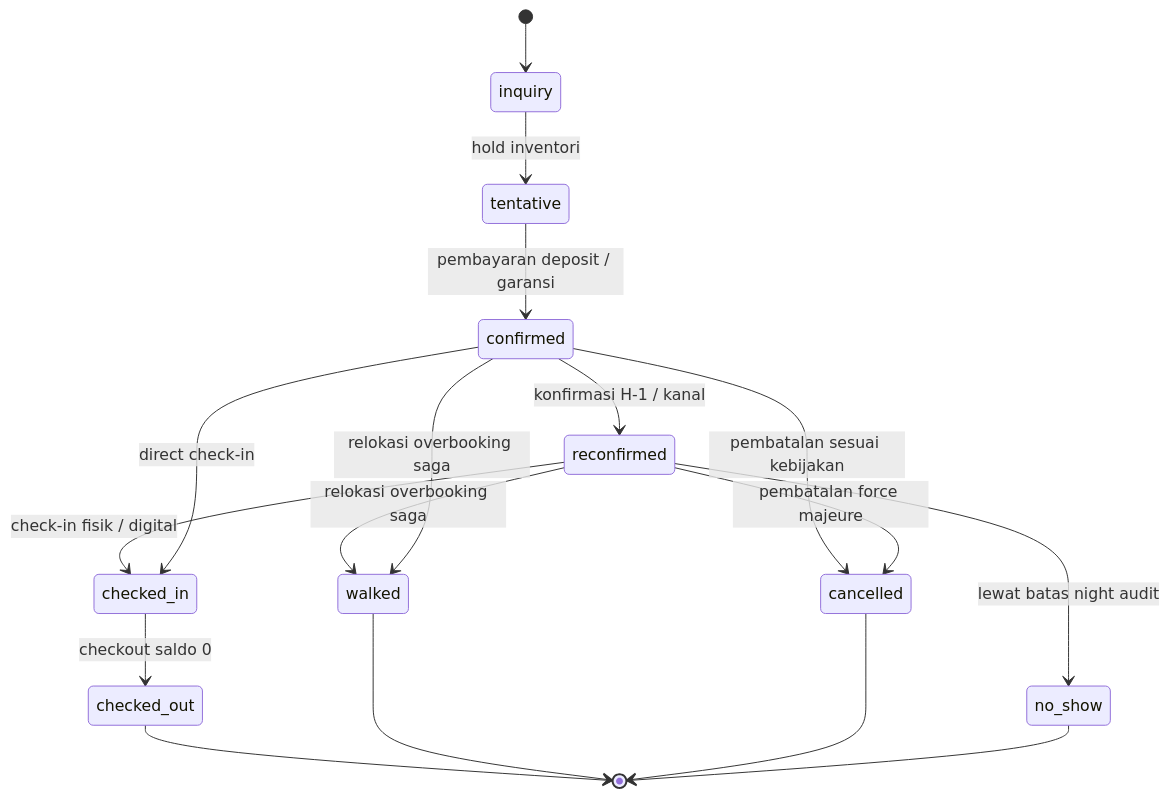
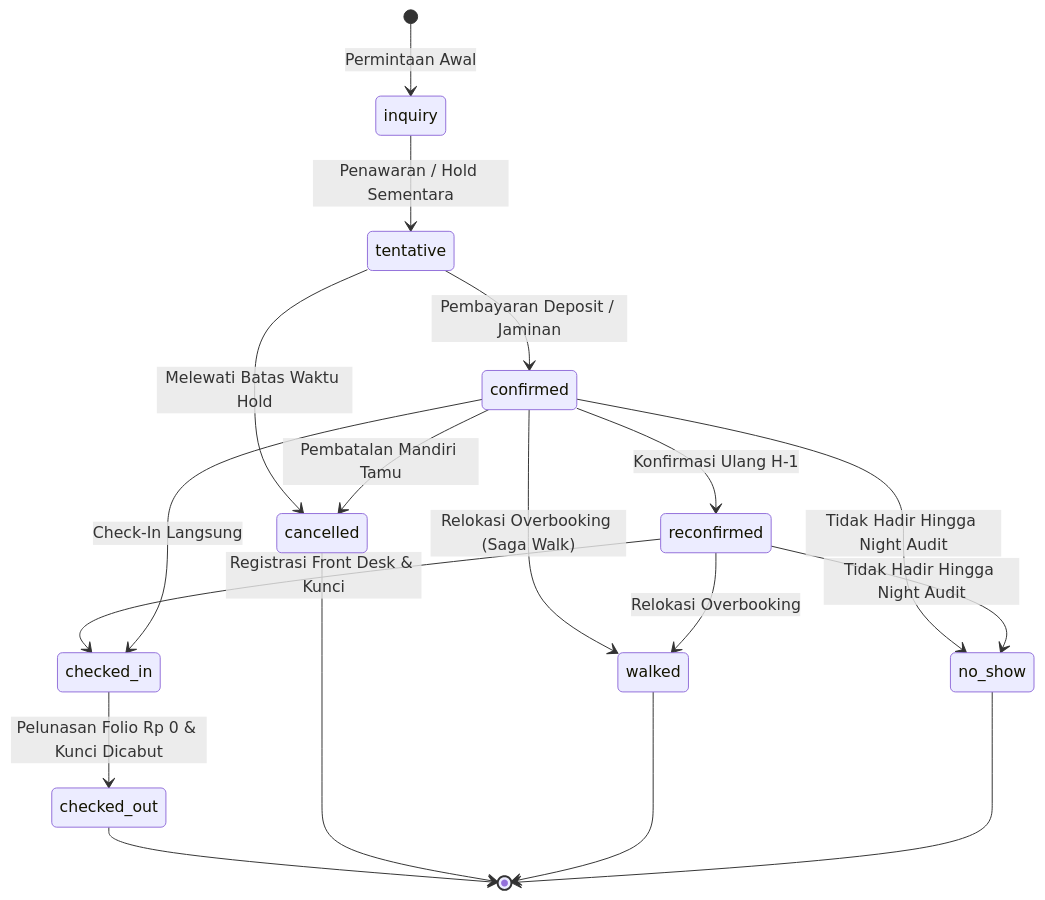
The second of 7 diagrams in docs/design/fase-91.md (Orls967/SuperWeb), drawn with Mermaid before and after one commit. The commit also changed other lines of this file and 189 other files, not shown here.

````diff
--- a/docs/design/fase-91.md
+++ b/docs/design/fase-91.md
@@ -12,19 +74,20 @@
 ```mermaid
 stateDiagram-v2
-    [*] --> inquiry
-    inquiry --> tentative: hold inventori
-    tentative --> confirmed: pembayaran deposit / garansi
-    confirmed --> reconfirmed: konfirmasi H-1 / kanal
-    reconfirmed --> checked_in: check-in fisik / digital
-    confirmed --> checked_in: direct check-in
-    reconfirmed --> walked: relokasi overbooking saga
-    confirmed --> walked: relokasi overbooking saga
-    confirmed --> cancelled: pembatalan sesuai kebijakan
-    reconfirmed --> cancelled: pembatalan force majeure
-    reconfirmed --> no_show: lewat batas night audit
-    checked_in --> checked_out: checkout saldo 0
+    [*] --> inquiry : Permintaan Awal
+    inquiry --> tentative : Penawaran / Hold Sementara
+    tentative --> confirmed : Pembayaran Deposit / Jaminan
+    tentative --> cancelled : Melewati Batas Waktu Hold
+    confirmed --> reconfirmed : Konfirmasi Ulang H-1
+    confirmed --> cancelled : Pembatalan Mandiri Tamu
+    reconfirmed --> checked_in : Registrasi Front Desk & Kunci
+    confirmed --> checked_in : Check-In Langsung
+    confirmed --> walked : Relokasi Overbooking (Saga Walk)
+    reconfirmed --> walked : Relokasi Overbooking
+    confirmed --> no_show : Tidak Hadir Hingga Night Audit
+    reconfirmed --> no_show : Tidak Hadir Hingga Night Audit
+    checked_in --> checked_out : Pelunasan Folio Rp 0 & Kunci Dicabut
     checked_out --> [*]
+    cancelled --> [*]
     walked --> [*]
-    cancelled --> [*]
     no_show --> [*]
 ```
````
